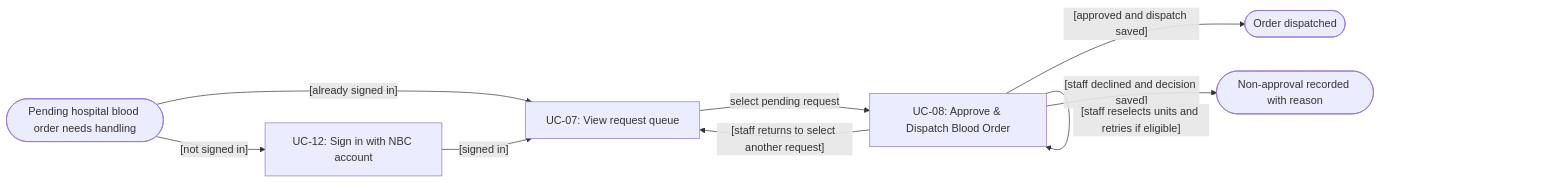
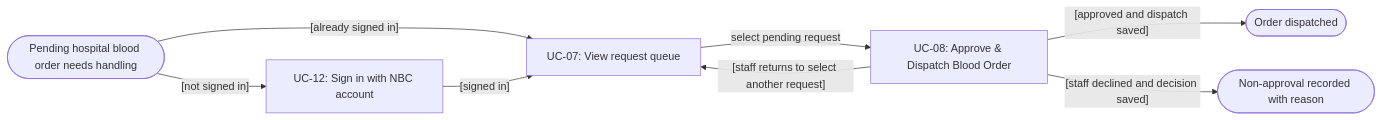
One commit to Nhan2772/DBIZ2-GROUPC-NationalBloodSupplyPlatform changed the first of 3 diagrams in external-design/usage-flow/NBC_Operations_usage-flow.md. Above: the diagram before and after it, drawn with Mermaid.

Commit message:
Update usage flow by removing reselect option
Removed the option for staff to reselect units and retry if eligible.

````diff
--- a/external-design/usage-flow/NBC_Operations_usage-flow.md
+++ b/external-design/usage-flow/NBC_Operations_usage-flow.md
@@ -21,18 +21,17 @@
 ```mermaid
 flowchart LR
     A(["Pending hospital blood order needs handling"])
     U12["UC-12: Sign in with NBC account"]
     U07["UC-07: View request queue"]
     U08["UC-08: Approve & Dispatch Blood Order"]
     D(["Order dispatched"])
     R(["Non-approval recorded with reason"])
 
     A -->|"[not signed in]"| U12
     A -->|"[already signed in]"| U07
     U12 -->|"[signed in]"| U07
     U07 -->|"select pending request"| U08
     U08 -->|"[approved and dispatch saved]"| D
     U08 -->|"[staff declined and decision saved]"| R
-    U08 -->|"[staff reselects units and retries if eligible]"| U08
     U08 -->|"[staff returns to select another request]"| U07
 ```
````
